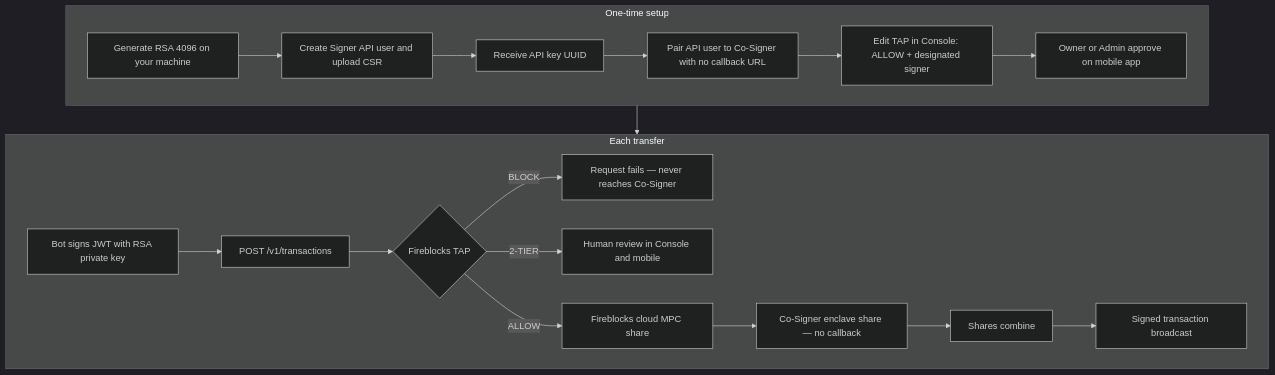
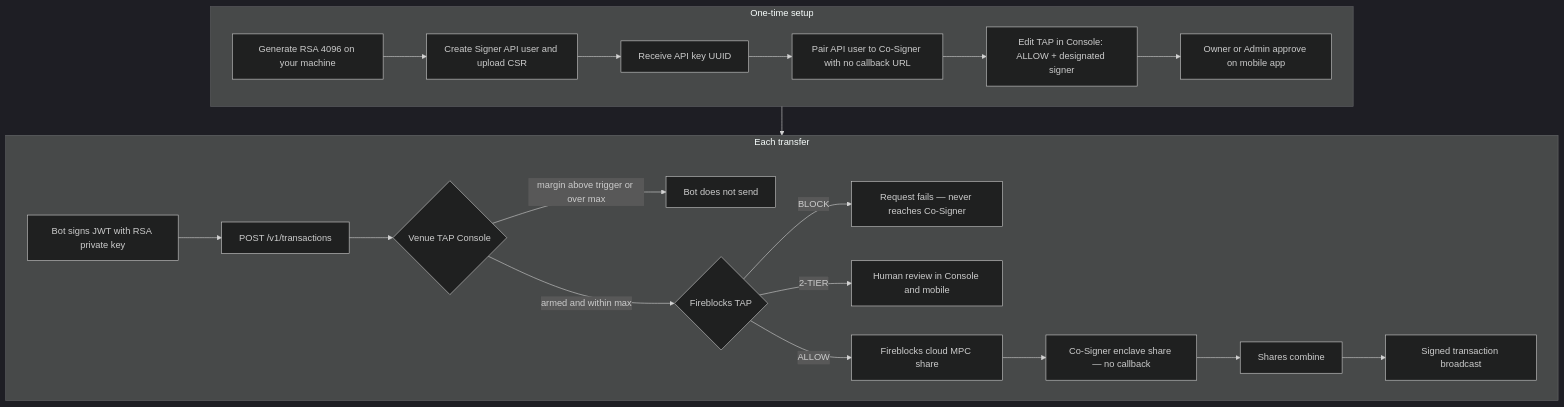
One commit to JellyCWenning/signet changed the first of 2 diagrams in docs/MANUAL.md. Above: the diagram before and after it, drawn with Mermaid (dark theme). The commit also changed other lines of this file and 15 other files, not shown here.

First line of the commit message:
Add TAP Console for venue margin and transfer caps

````diff
--- a/docs/MANUAL.md
+++ b/docs/MANUAL.md
@@ -26,23 +44,25 @@
 ```mermaid
 flowchart TD
   subgraph setup [One-time setup]
     A1[Generate RSA 4096 on your machine] --> A2[Create Signer API user and upload CSR]
     A2 --> A3[Receive API key UUID]
     A3 --> A4[Pair API user to Co-Signer with no callback URL]
     A4 --> A5[Edit TAP in Console: ALLOW + designated signer]
     A5 --> A6[Owner or Admin approve on mobile app]
   end
 
   subgraph runtime [Each transfer]
     B1[Bot signs JWT with RSA private key] --> B2[POST /v1/transactions]
-    B2 --> TAP{Fireblocks TAP}
+    B2 --> VTAP{Venue TAP Console}
+    VTAP -->|margin above trigger or over max| X0[Bot does not send]
+    VTAP -->|armed and within max| TAP{Fireblocks TAP}
     TAP -->|BLOCK| F1[Request fails — never reaches Co-Signer]
     TAP -->|2-TIER| F2[Human review in Console and mobile]
     TAP -->|ALLOW| C1[Fireblocks cloud MPC share]
     C1 --> C2[Co-Signer enclave share — no callback]
     C2 --> C3[Shares combine]
     C3 --> C4[Signed transaction broadcast]
   end
 
   setup --> runtime
 ```
````
